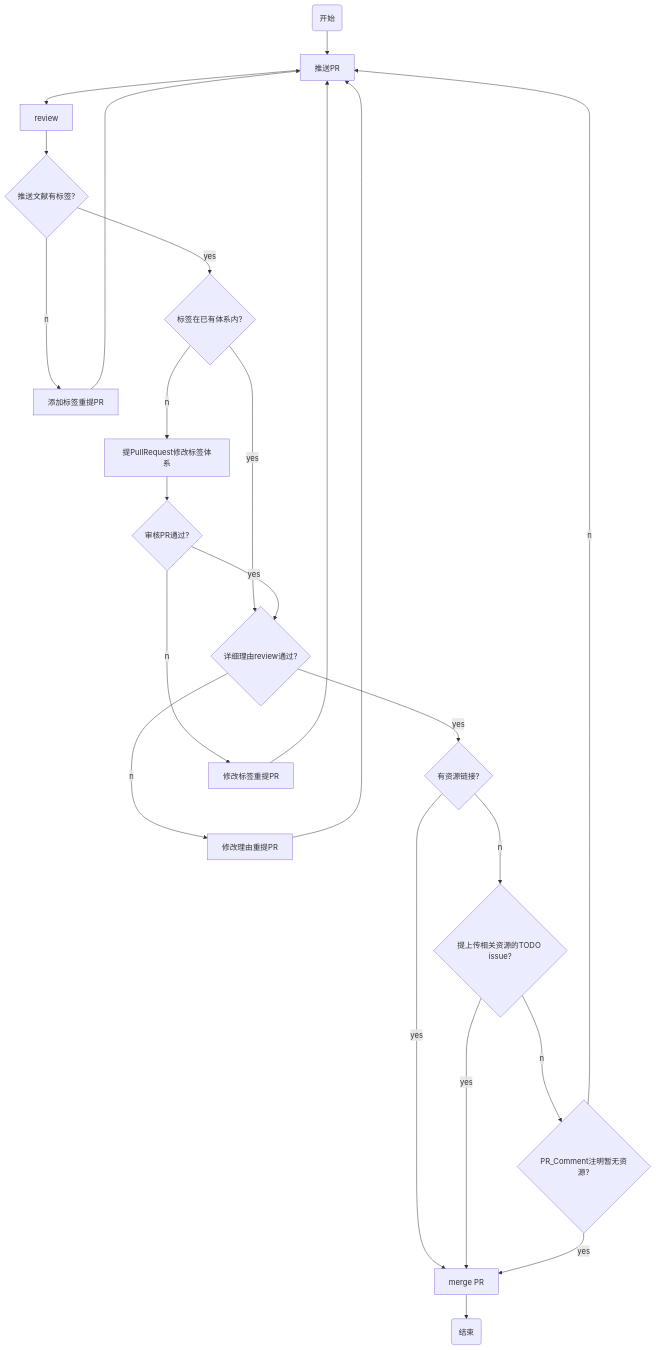
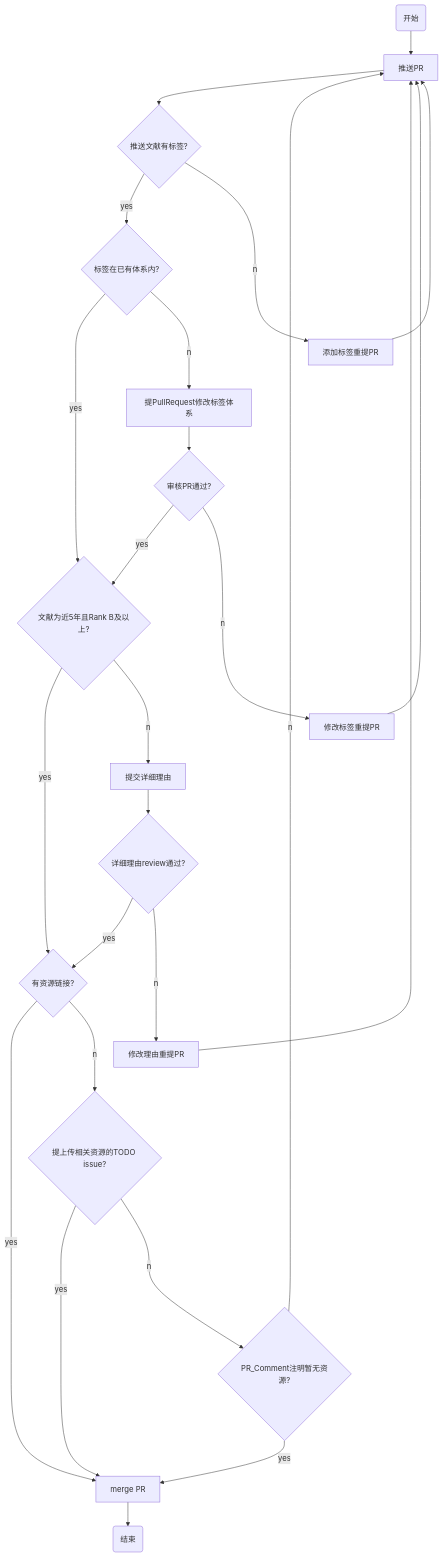
Before and after one commit to X-lab2017/open-research: the diagram in README.md, drawn with Mermaid. The commit also changed other lines of this file, not shown here.

Commit message:
Update: 1.修正流程图中的详细理由分支逻辑 2.修正含空格的PDF链接显示不正常的bug

````diff
--- a/README.md
+++ b/README.md
@@ -76,35 +76,38 @@
 ```mermaid
 flowchart TD
 	start(开始)
     op1[推送PR]
-    op2[review]
     cond_a{推送文献有标签?}
     cond_b{标签在已有体系内?}
-    cond_c{详细理由review通过?}
+    cond_c1{文献为近5年且Rank B及以上?}
+    op2[提交详细理由]
+    cond_c2{详细理由review通过?}
     cond_d{有资源链接?}
     op3[merge PR]
     exit(结束)
 
     op_e1[添加标签重提PR]
     op_e2__op_1[提PullRequest修改标签体系]
     cond_e2__cond_a{审核PR通过?}
     op_e2__op_2[修改标签重提PR]
     op_e3[修改理由重提PR]
     cond_e4__cond_a{提上传相关资源的TODO issue?}
     cond_e4__cond_b{PR_Comment注明暂无资源?}
 
 
-    start --> op1 --> op2 --> cond_a --yes--> cond_b --yes--> cond_c --yes--> cond_d --yes--> op3 --> exit
+    start --> op1 --> cond_a --yes--> cond_b --yes--> cond_c1 --yes--> cond_d --yes--> op3 --> exit
     
     cond_a --no--> op_e1 --> op1
     cond_b --no--> op_e2__op_1 --> cond_e2__cond_a
-    cond_e2__cond_a --yes--> cond_c
+    cond_e2__cond_a --yes--> cond_c1
     cond_e2__cond_a --no--> op_e2__op_2 --> op1
-    cond_c --no--> op_e3 --> op1
+    cond_c1 --no--> op2 --> cond_c2
+    cond_c2 --yes--> cond_d
+    cond_c2 --no--> op_e3 --> op1
     cond_d --no--> cond_e4__cond_a
     cond_e4__cond_a --yes--> op3
     cond_e4__cond_a --no--> cond_e4__cond_b
     cond_e4__cond_b --yes--> op3
     cond_e4__cond_b --no--> op1
    
 ```
````
